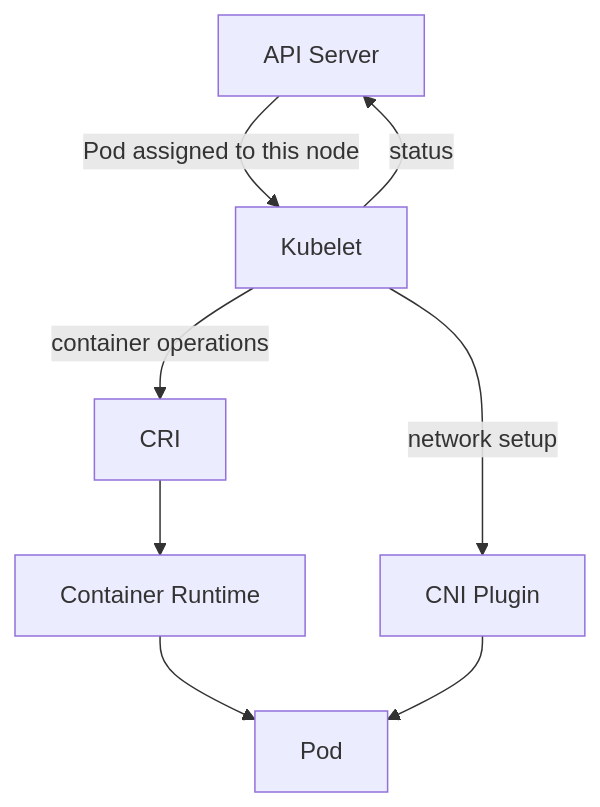
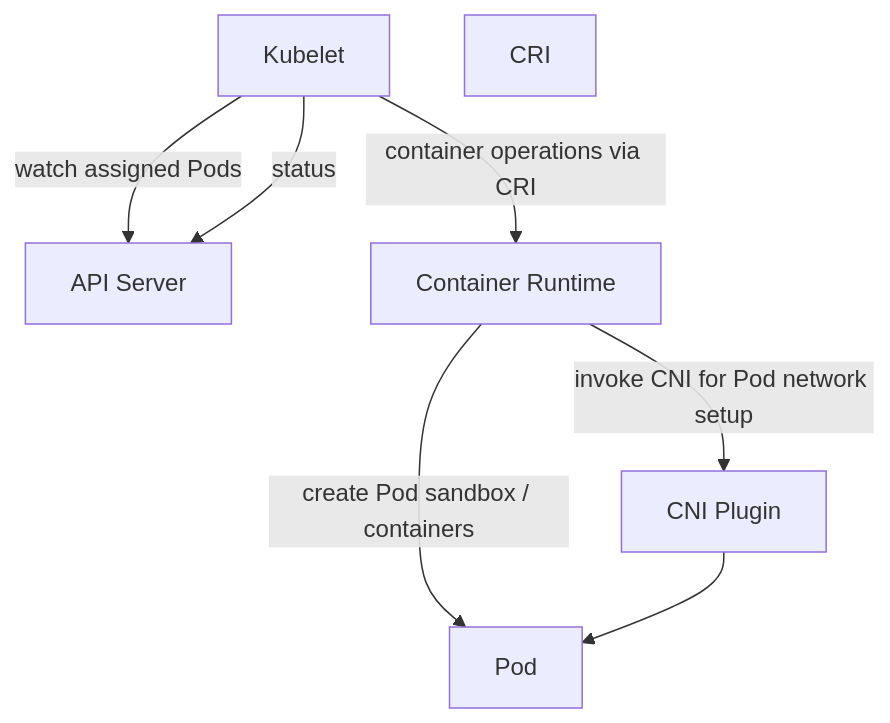
One commit to karthikreddy432/CKAD changed the sixth of 22 diagrams in kubernetes-architecture-and-communication-flow.md. Above: the diagram before and after it, drawn with Mermaid. The commit also changed other lines of this file and 13 other files, not shown here.

````diff
--- a/kubernetes-architecture-and-communication-flow.md
+++ b/kubernetes-architecture-and-communication-flow.md
@@ -335,17 +334,16 @@
 ```mermaid
 flowchart TD
     API["API Server"]
     Kubelet["Kubelet"]
     CRI["CRI"]
     Runtime["Container Runtime"]
     CNI["CNI Plugin"]
     Pod["Pod"]
 
-    API -->|"Pod assigned to this node"| Kubelet
-    Kubelet -->|"container operations"| CRI
-    CRI --> Runtime
-    Runtime --> Pod
-    Kubelet -->|"network setup"| CNI
+    Kubelet -->|"watch assigned Pods"| API
+    Kubelet -->|"container operations via CRI"| Runtime
+    Runtime -->|"create Pod sandbox / containers"| Pod
+    Runtime -->|"invoke CNI for Pod network setup"| CNI
     CNI --> Pod
     Kubelet -->|"status"| API
 ```
````
